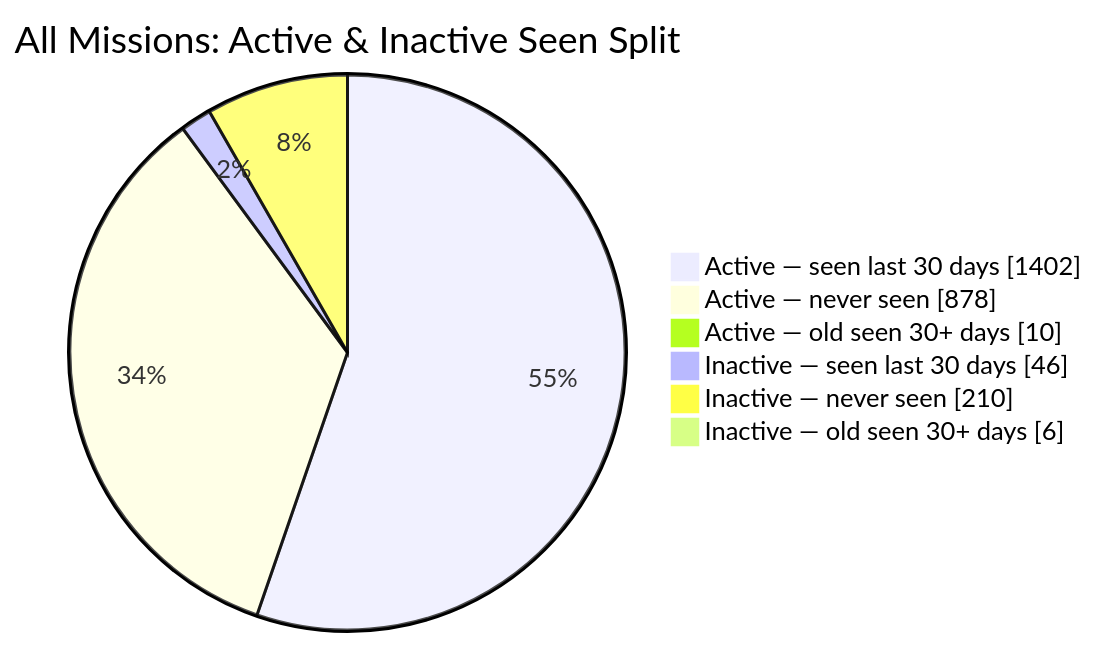
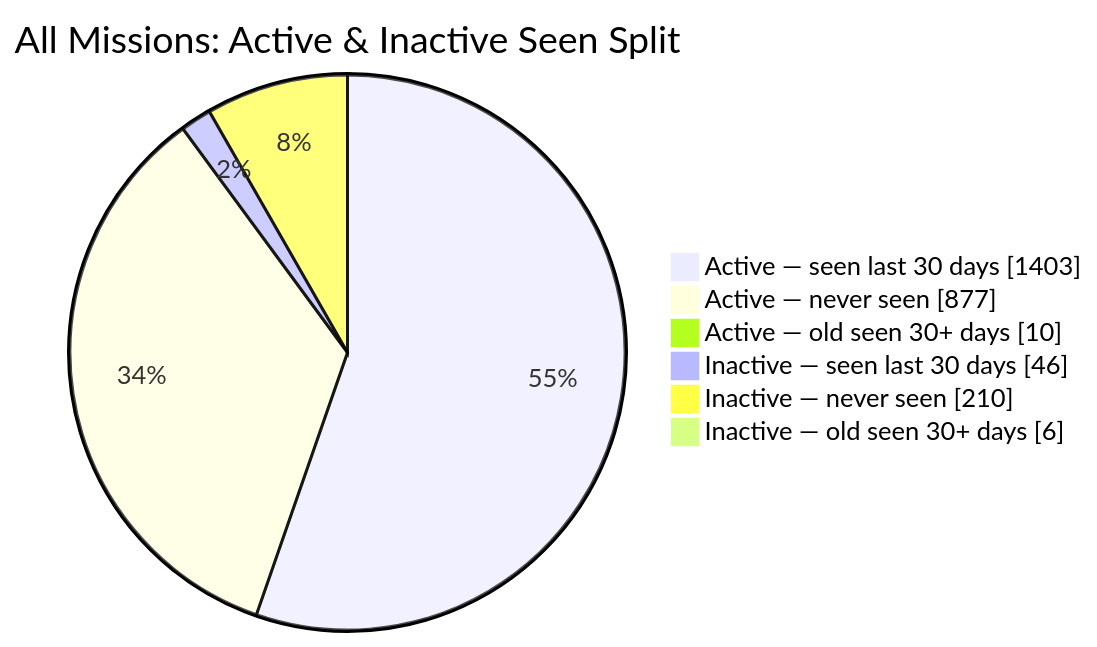
The second of 2 diagrams in README.md (MeldkamerspelGameTeam/active-missions), drawn with Mermaid before and after one commit. The commit also changed other lines of this file and 2 other files, not shown here.

````diff
--- a/README.md
+++ b/README.md
@@ -44,10 +44,10 @@
 ```mermaid
 pie showData
     title All Missions: Active & Inactive Seen Split
-    "Active — seen last 30 days" : 1402
-    "Active — never seen" : 878
+    "Active — seen last 30 days" : 1403
+    "Active — never seen" : 877
     "Active — old seen 30+ days" : 10
     "Inactive — seen last 30 days" : 46
     "Inactive — never seen" : 210
     "Inactive — old seen 30+ days" : 6
 ```
````
